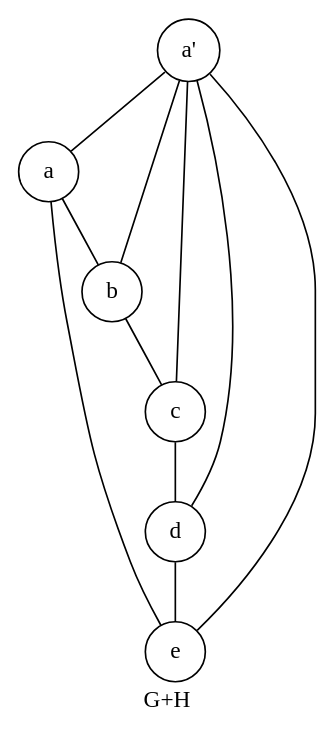
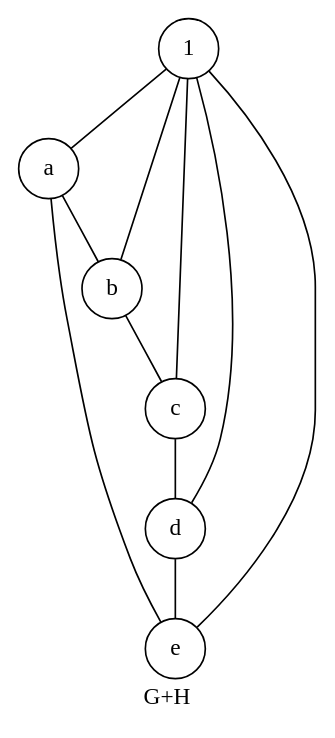
Before and after one commit to h4tguy/gt-hons: the diagram in tut1/115/115cGH.dot, drawn with Graphviz. The commit also changed 15 other files, not shown here.

Commit message:
more consistent graph labelling

```diff
--- a/tut1/115/115cGH.dot
+++ b/tut1/115/115cGH.dot
@@ -1,15 +1,15 @@
 graph GH {
     node [shape=circle]
     a -- b
     b -- c
     d -- e
     c -- d [weight=2]
     e -- a
     label="G+H"
     edge [len=3]
-    "a'" -- a
-    "a'" -- b
-    "a'" -- c
-    "a'" -- d
-    "a'" -- e
+    "1" -- a
+    "1" -- b
+    "1" -- c
+    "1" -- d
+    "1" -- e
 }
```
